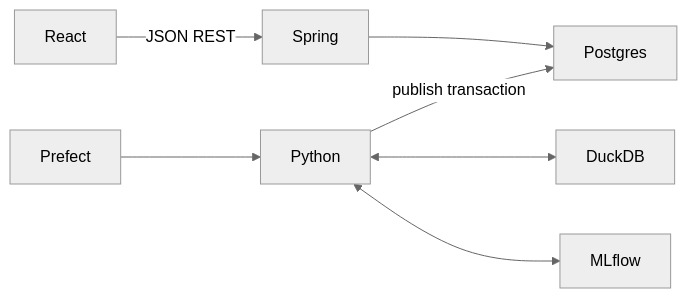
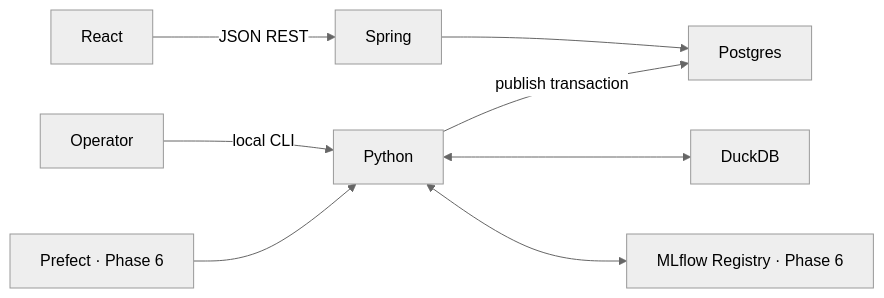
The diagram in docs/architecture/CONTAINER_ARCHITECTURE.md (lalalostcode/content-rank-mlops), drawn with Mermaid (neutral theme) before and after one commit. The commit also changed 25 other files, not shown here.

````diff
--- a/docs/architecture/CONTAINER_ARCHITECTURE.md
+++ b/docs/architecture/CONTAINER_ARCHITECTURE.md
@@ -3,7 +3,8 @@
 ```mermaid
 flowchart LR
  React -->|JSON REST| Spring --> Postgres
- Prefect --> Python -->|publish transaction| Postgres
+ Operator -->|local CLI| Python -->|publish transaction| Postgres
  Python <--> DuckDB
- Python <--> MLflow
+ Prefect[Prefect · Phase 6] --> Python
+ Python <--> Registry[MLflow Registry · Phase 6]
 ```
````
